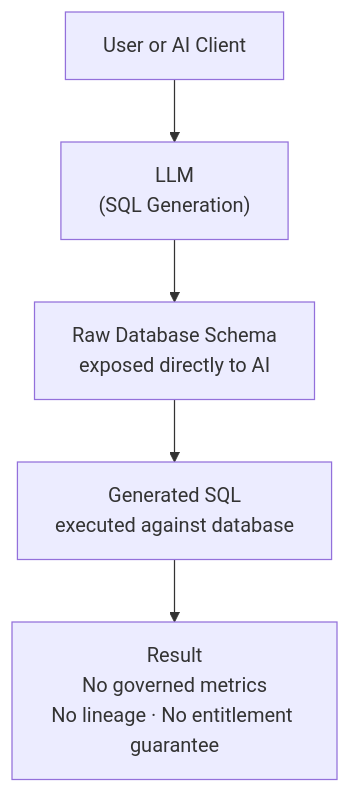
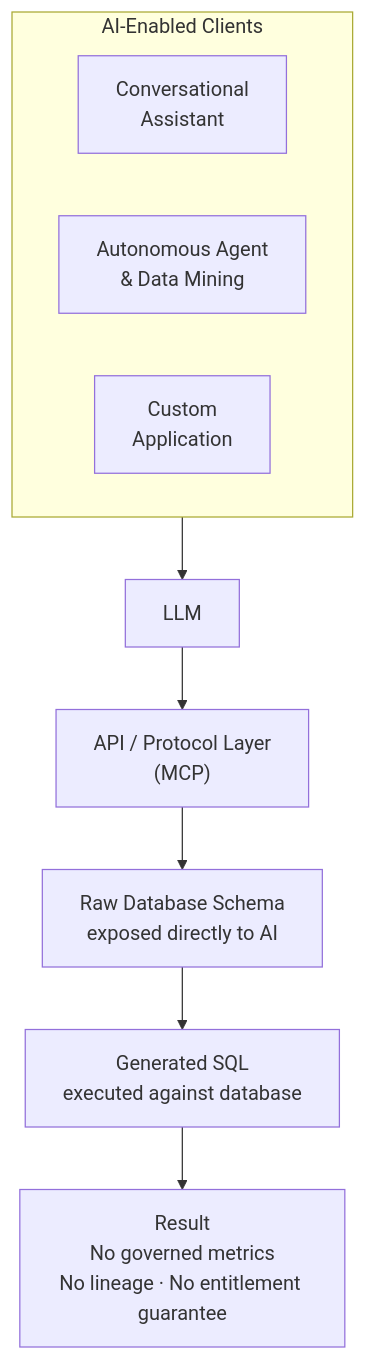
One commit to M-A-Operating-System/shared-work changed the first of 2 diagrams in docs/product/analytics/00-overview.md. Above: the diagram before and after it, drawn with Mermaid. The commit also changed other lines of this file, not shown here.

First line of the commit message:
docs(analytics): align both diagrams with shared AI Clients, LLM, and MCP layer

````diff
--- a/docs/product/analytics/00-overview.md
+++ b/docs/product/analytics/00-overview.md
@@ -114,12 +114,19 @@
 ```mermaid
 flowchart TB
-    T1["User or AI Client"]
-    T2["LLM\n(SQL Generation)"]
-    T3["Raw Database Schema\nexposed directly to AI"]
-    T4["Generated SQL\nexecuted against database"]
-    T5["Result\nNo governed metrics\nNo lineage · No entitlement guarantee"]
+    subgraph clients["AI-Enabled Clients"]
+        direction LR
+        C1["Conversational\nAssistant"]
+        C2["Autonomous Agent\n& Data Mining"]
+        C3["Custom\nApplication"]
+    end
+    L["LLM"]
+    M["API / Protocol Layer\n(MCP)"]
+    T1["Raw Database Schema\nexposed directly to AI"]
+    T2["Generated SQL\nexecuted against database"]
+    T3["Result\nNo governed metrics\nNo lineage · No entitlement guarantee"]
+    clients --> L
+    L --> M
+    M --> T1
     T1 --> T2
     T2 --> T3
-    T3 --> T4
-    T4 --> T5
 ```
````
